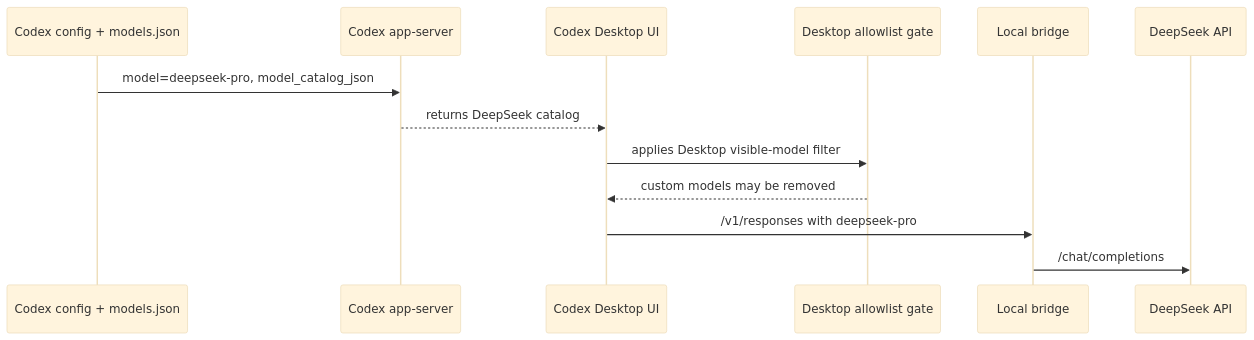
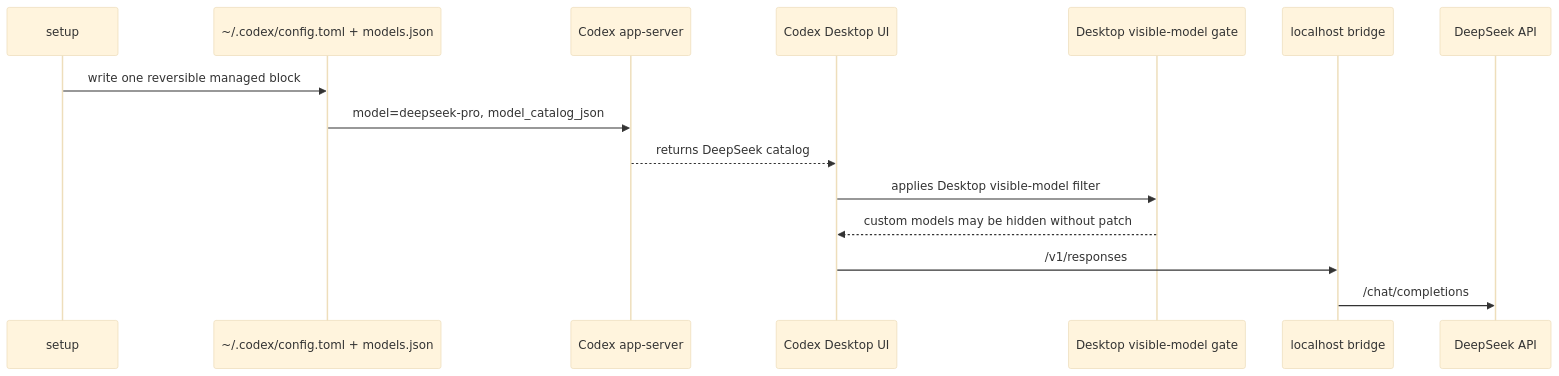
Before and after one commit to JetXu-LLM/codex-deepseek-bridge: the diagram in README.md, drawn with Mermaid (base theme). The commit also changed other lines of this file and 11 other files, not shown here.

Commit message:
Polish desktop patch release flow

````diff
--- a/README.md
+++ b/README.md
@@ -81,16 +86,18 @@
 ```mermaid
 sequenceDiagram
-  participant Config as Codex config + models.json
+  participant Setup as setup
+  participant Config as ~/.codex/config.toml + models.json
   participant Server as Codex app-server
   participant UI as Codex Desktop UI
-  participant Gate as Desktop allowlist gate
-  participant Bridge as Local bridge
+  participant Gate as Desktop visible-model gate
+  participant Bridge as localhost bridge
   participant DS as DeepSeek API
 
+  Setup->>Config: write one reversible managed block
   Config->>Server: model=deepseek-pro, model_catalog_json
   Server-->>UI: returns DeepSeek catalog
   UI->>Gate: applies Desktop visible-model filter
-  Gate-->>UI: custom models may be removed
-  UI->>Bridge: /v1/responses with deepseek-pro
+  Gate-->>UI: custom models may be hidden without patch
+  UI->>Bridge: /v1/responses
   Bridge->>DS: /chat/completions
 ```
````
